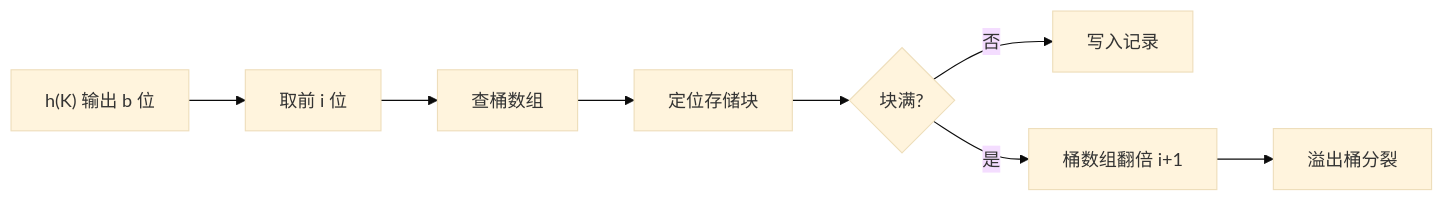
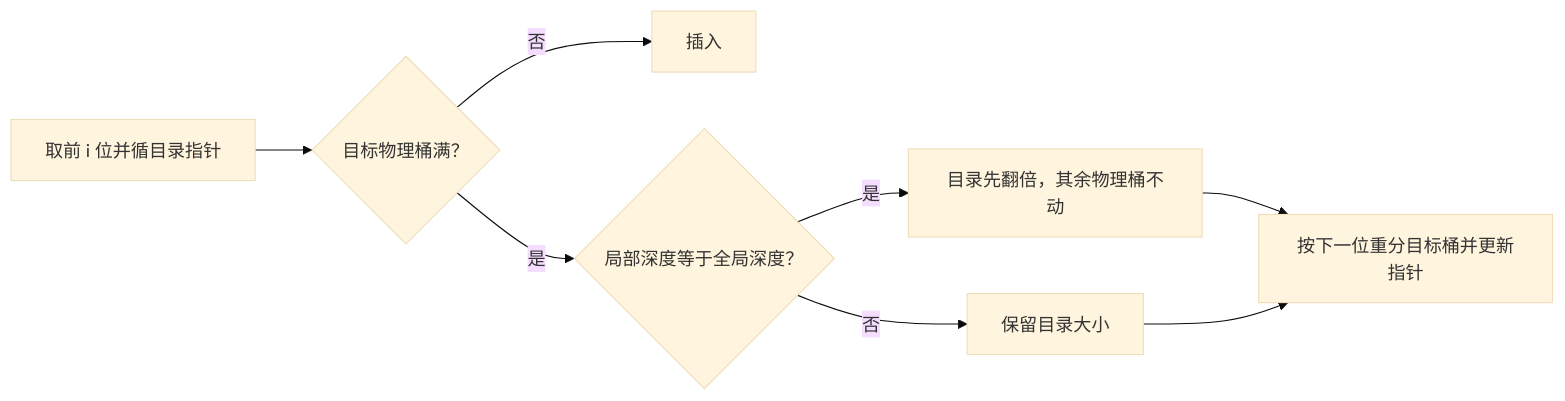
The diagram in topics/数据库内核实现/动态散列.md (hicancan/njupt-knowledge), drawn with Mermaid (base theme) before and after one commit. The commit also changed other lines of this file and 4 other files, not shown here.

````diff
--- a/topics/数据库内核实现/动态散列.md
+++ b/topics/数据库内核实现/动态散列.md
@@ -21,10 +18,10 @@
 ```mermaid
 flowchart LR
-    A["h(K) 输出 b 位"] --> B["取前 i 位"]
-    B --> C["查桶数组"]
-    C --> D["定位存储块"]
-    D --> E{块满?}
-    E -- 否 --> F["写入记录"]
-    E -- 是 --> G["桶数组翻倍 i+1"]
-    G --> H["溢出桶分裂"]
+    A["取前 i 位并循目录指针"] --> B{"目标物理桶满？"}
+    B -->|"否"| C["插入"]
+    B -->|"是"| D{"局部深度等于全局深度？"}
+    D -->|"是"| E["目录先翻倍，其余物理桶不动"]
+    D -->|"否"| F["保留目录大小"]
+    E --> G["按下一位重分目标桶并更新指针"]
+    F --> G
 ```
````
